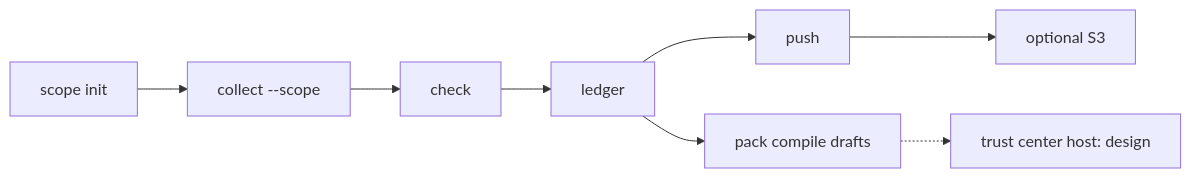
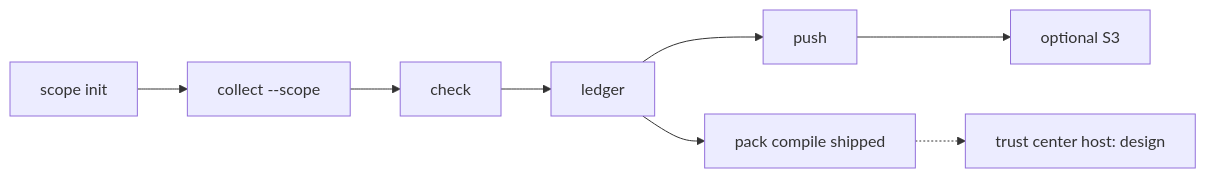
Before and after one commit to kfcain/beacon: the diagram in README.md, drawn with Mermaid. The commit also changed other lines of this file and 1 other file, not shown here.

Commit message:
Name pack compile as a shipped draft, not a submission.
State the beacon-20x-draft/v1 format, package_gaps, and not-fetched CR26 schemas on the README path and in HOW_IT_WORKS.

````diff
--- a/README.md
+++ b/README.md
@@ -9,6 +9,6 @@
 ```mermaid
 flowchart LR
   scope["scope init"] --> collect["collect --scope"] --> check["check"] --> ledger["ledger"] --> push["push"] --> lake["optional S3"]
-  ledger --> compile["pack compile drafts"]
+  ledger --> compile["pack compile shipped"]
   compile -.-> later["trust center host: design"]
 ```
````
